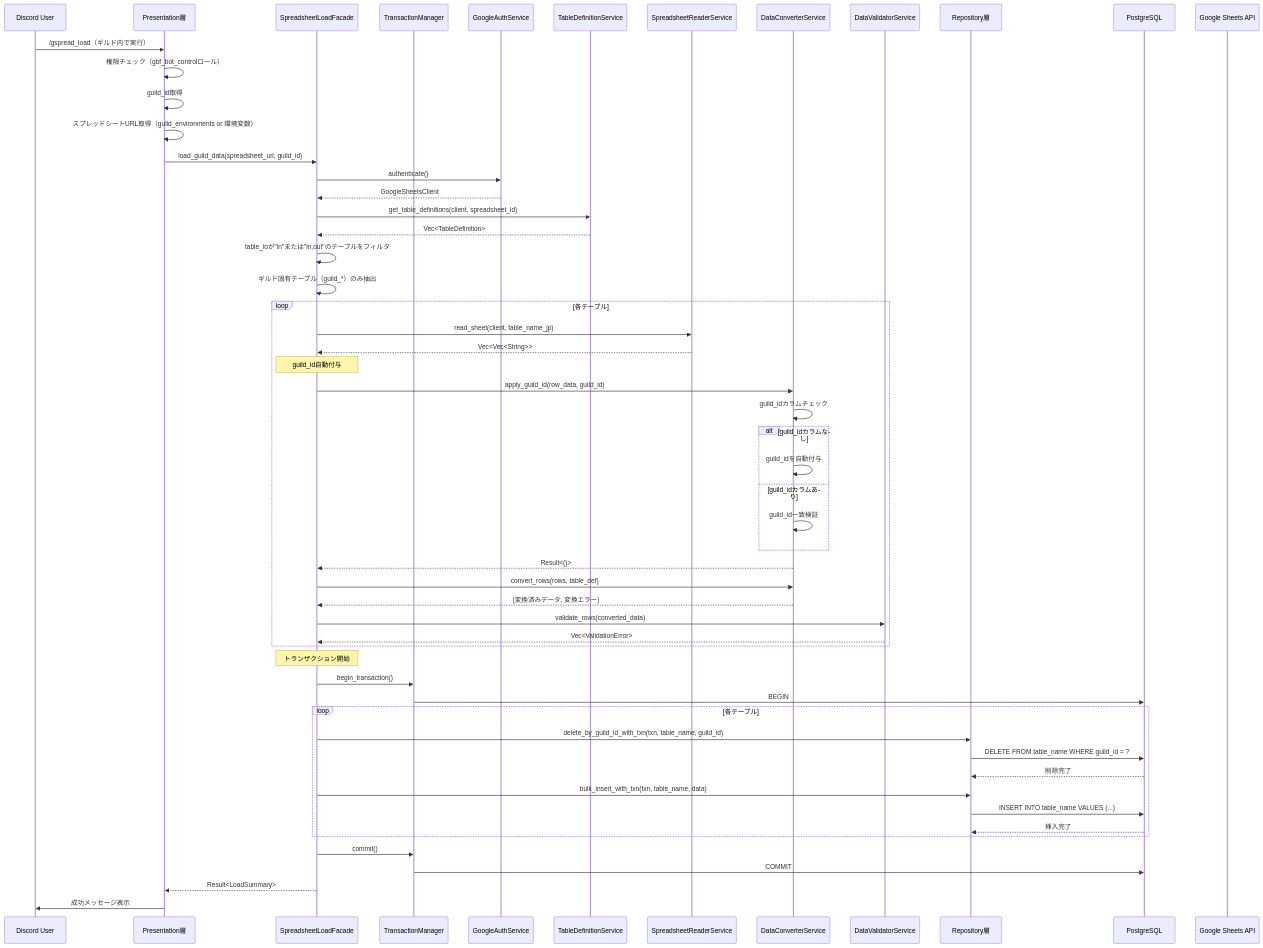
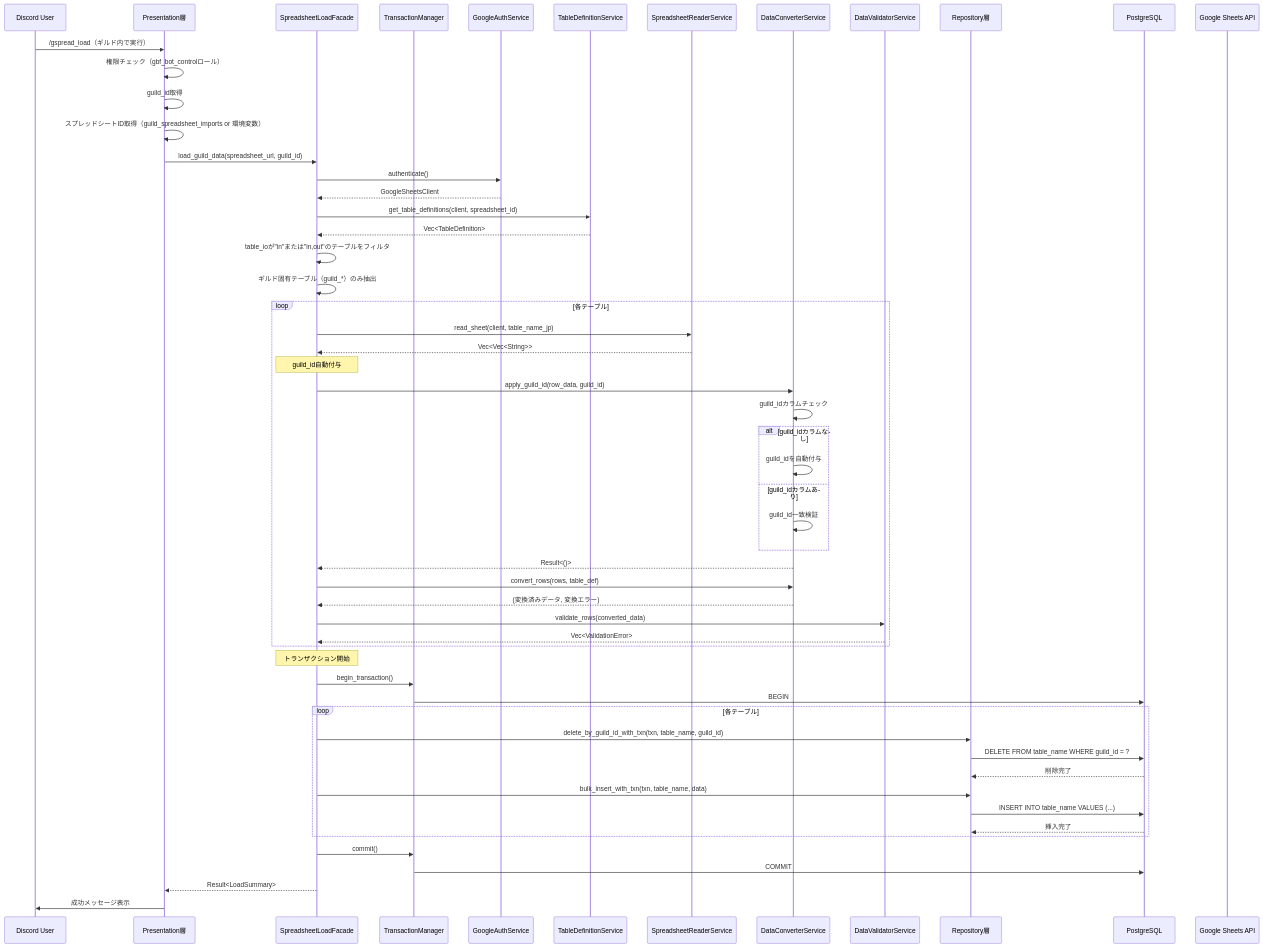
One commit to varubogu/gbf_discord_bot_rs changed the third of 5 diagrams in docs/develop/architecture/spreadsheet/data_flow.md. Above: the diagram before and after it, drawn with Mermaid. The commit also changed other lines of this file and 5 other files, not shown here.

````diff
--- a/docs/develop/architecture/spreadsheet/data_flow.md
+++ b/docs/develop/architecture/spreadsheet/data_flow.md
@@ -337,71 +338,71 @@
 ```mermaid
 sequenceDiagram
     participant User as Discord User
     participant Event as Presentation層
     participant Facade as SpreadsheetLoadFacade
     participant TxManager as TransactionManager
     participant AuthSvc as GoogleAuthService
     participant TableDefSvc as TableDefinitionService
     participant ReaderSvc as SpreadsheetReaderService
     participant ConverterSvc as DataConverterService
     participant ValidatorSvc as DataValidatorService
     participant Repo as Repository層
     participant DB as PostgreSQL
     participant GSheetsAPI as Google Sheets API
 
     User->>Event: /gspread_load（ギルド内で実行）
     Event->>Event: 権限チェック（gbf_bot_controlロール）
     Event->>Event: guild_id取得
-    Event->>Event: スプレッドシートURL取得（guild_environments or 環境変数）
+    Event->>Event: スプレッドシートID取得（guild_spreadsheet_imports or 環境変数）
     Event->>Facade: load_guild_data(spreadsheet_url, guild_id)
 
     Facade->>AuthSvc: authenticate()
     AuthSvc-->>Facade: GoogleSheetsClient
 
     Facade->>TableDefSvc: get_table_definitions(client, spreadsheet_id)
     TableDefSvc-->>Facade: Vec<TableDefinition>
 
     Facade->>Facade: table_ioが"in"または"in,out"のテーブルをフィルタ
     Facade->>Facade: ギルド固有テーブル（guild_*）のみ抽出
 
     loop 各テーブル
         Facade->>ReaderSvc: read_sheet(client, table_name_jp)
         ReaderSvc-->>Facade: Vec<Vec<String>>
 
         Note over Facade: guild_id自動付与
         Facade->>ConverterSvc: apply_guild_id(row_data, guild_id)
         ConverterSvc->>ConverterSvc: guild_idカラムチェック
         alt guild_idカラムなし
             ConverterSvc->>ConverterSvc: guild_idを自動付与
         else guild_idカラムあり
             ConverterSvc->>ConverterSvc: guild_id一致検証
         end
         ConverterSvc-->>Facade: Result<()>
 
         Facade->>ConverterSvc: convert_rows(rows, table_def)
         ConverterSvc-->>Facade: (変換済みデータ, 変換エラー)
 
         Facade->>ValidatorSvc: validate_rows(converted_data)
         ValidatorSvc-->>Facade: Vec<ValidationError>
     end
 
     Note over Facade: トランザクション開始
     Facade->>TxManager: begin_transaction()
     TxManager->>DB: BEGIN
 
     loop 各テーブル
         Facade->>Repo: delete_by_guild_id_with_txn(txn, table_name, guild_id)
         Repo->>DB: DELETE FROM table_name WHERE guild_id = ?
         DB-->>Repo: 削除完了
 
         Facade->>Repo: bulk_insert_with_txn(txn, table_name, data)
         Repo->>DB: INSERT INTO table_name VALUES (...)
         DB-->>Repo: 挿入完了
     end
 
     Facade->>TxManager: commit()
     TxManager->>DB: COMMIT
 
     Facade-->>Event: Result<LoadSummary>
     Event->>User: 成功メッセージ表示
 ```
````
